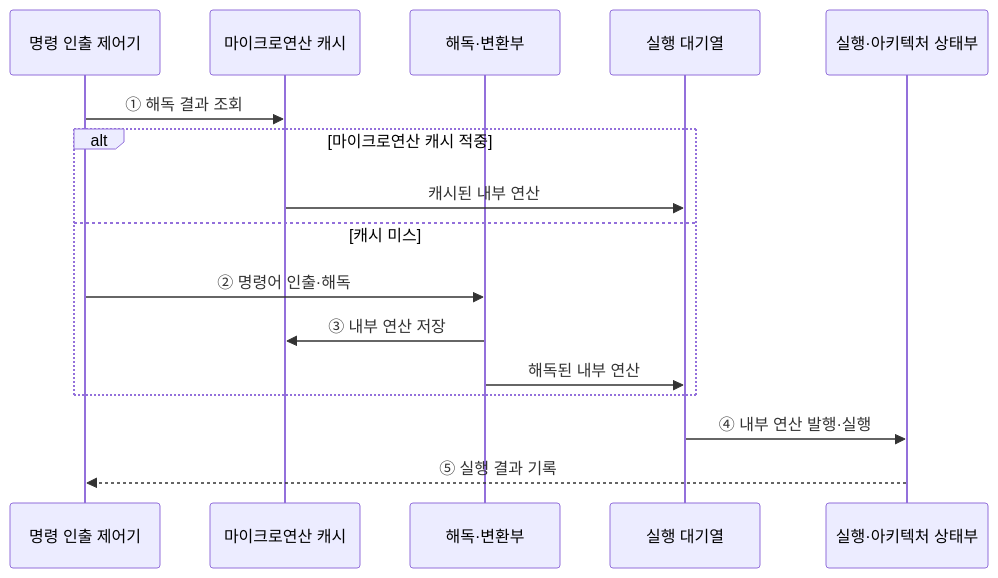
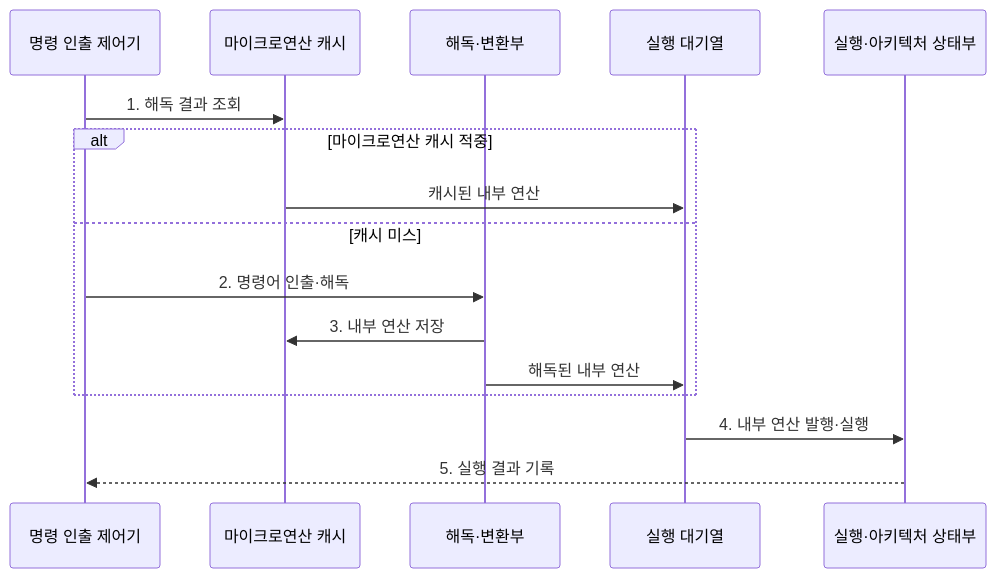
Before and after one commit to agnusdei1207/knowledge-base: the second of 2 diagrams in src/content/docs/notes/02-hardware/003_risc_vs_cisc.md, drawn with Mermaid. The commit also changed other lines of this file and 20 other files, not shown here.

````diff
--- a/src/content/docs/notes/02-hardware/003_risc_vs_cisc.md
+++ b/src/content/docs/notes/02-hardware/003_risc_vs_cisc.md
@@ -86,18 +91,18 @@
 ```mermaid
 sequenceDiagram
     participant F as 명령 인출 제어기
     participant U as 마이크로연산 캐시
     participant D as 해독·변환부
     participant Q as 실행 대기열
     participant E as 실행·아키텍처 상태부
-    F->>U: ① 해독 결과 조회
+    F->>U: 1. 해독 결과 조회
     alt 마이크로연산 캐시 적중
         U->>Q: 캐시된 내부 연산
     else 캐시 미스
-        F->>D: ② 명령어 인출·해독
-        D->>U: ③ 내부 연산 저장
+        F->>D: 2. 명령어 인출·해독
+        D->>U: 3. 내부 연산 저장
         D->>Q: 해독된 내부 연산
     end
-    Q->>E: ④ 내부 연산 발행·실행
-    E-->>F: ⑤ 실행 결과 기록
+    Q->>E: 4. 내부 연산 발행·실행
+    E-->>F: 5. 실행 결과 기록
 ```
````
